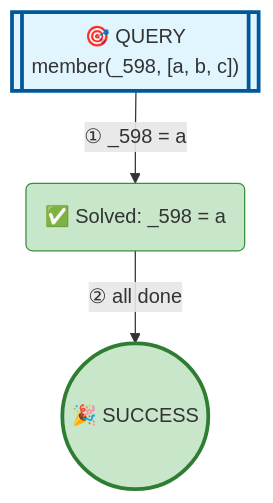
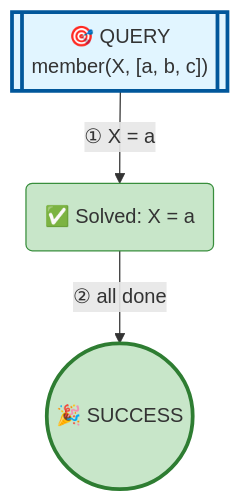
One commit to jarecsni/prolog-trace-viz changed the diagram in examples/member-minimal.md. Above: the diagram before and after it, drawn with Mermaid. The commit also changed other lines of this file and 26 other files, not shown here.

````diff
--- a/examples/member-minimal.md
+++ b/examples/member-minimal.md
@@ -16,17 +16,17 @@
 ```mermaid
 graph TD
 
 %% Nodes
-A[["🎯 QUERY<br/>member(_598, [a, b, c])"]]
-B("✅ Solved: _598 = a")
+A[["🎯 QUERY<br/>member(X, [a, b, c])"]]
+B("✅ Solved: X = a")
 C(("🎉 SUCCESS"))
 
 %% Edges
-A -->|"① _598 = a"| B
+A -->|"① X = a"| B
 B -->|"② all done"| C
 
 %% Styles
 style A fill:#e1f5ff,stroke:#01579b,stroke-width:3px
 style B fill:#c8e6c9,stroke:#388e3c
 style C fill:#c8e6c9,stroke:#2e7d32,stroke-width:3px
 ```
````
